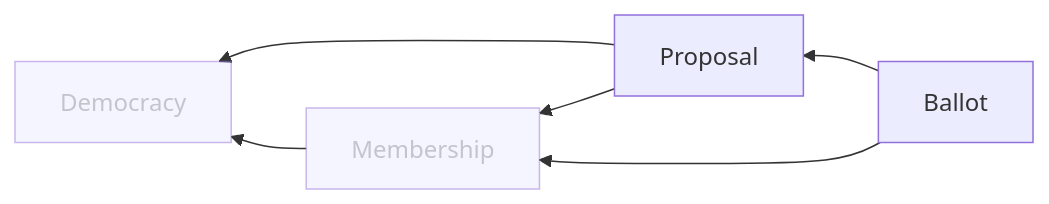
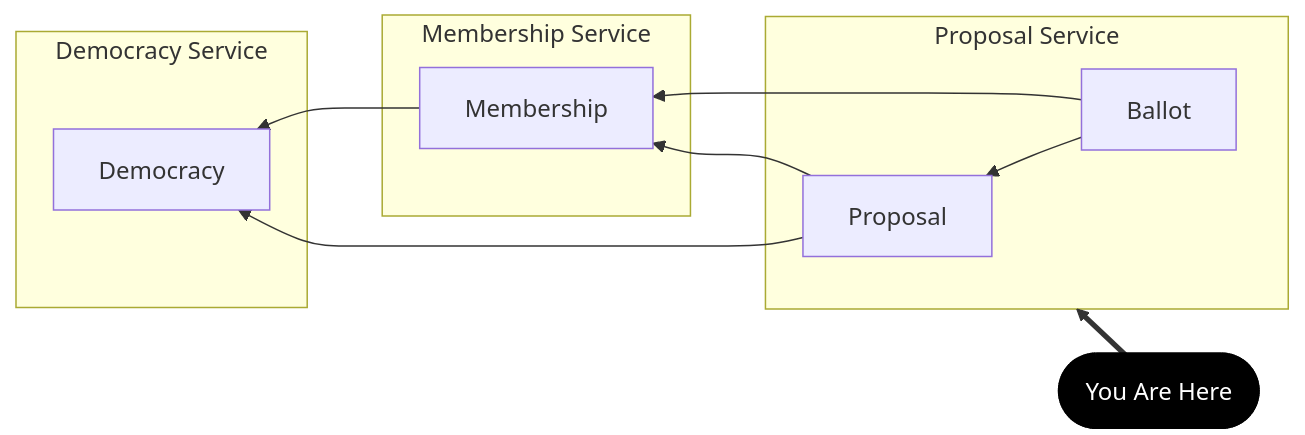
Before and after one commit to AluminumOxide/direct-democracy: the first of 2 diagrams in services/api-proposal/README.md, drawn with Mermaid. The commit also changed other lines of this file and 24 other files, not shown here.

````diff
--- a/services/api-proposal/README.md
+++ b/services/api-proposal/README.md
@@ -6,10 +5,17 @@
 ```mermaid
 flowchart RL
-    D[Democracy]:::exclude
-    M[Membership]:::exclude --> D
-    P --> D
-    P[Proposal] --> M
+    subgraph democracy [Democracy Service]
+    D[Democracy]
+    end
+    subgraph membership [Membership Service]
+    M[Membership] --> D
+    end
+    subgraph proposal [Proposal Service]
+    P[Proposal] --> D
     B[Ballot] --> P
+    end
+    P --> M
     B --> M
-    classDef exclude opacity:0.5
+    here([You Are Here]) ==> proposal
+    style here stroke:black,stroke-width:12px,fill:black,color:white;
 ```
````
